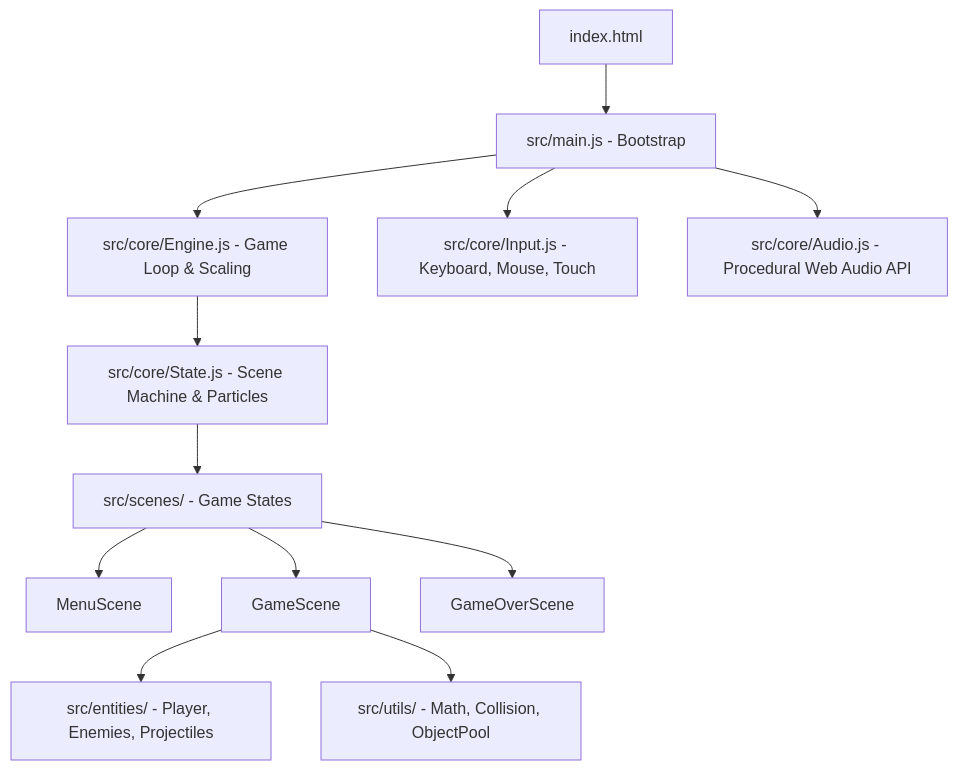
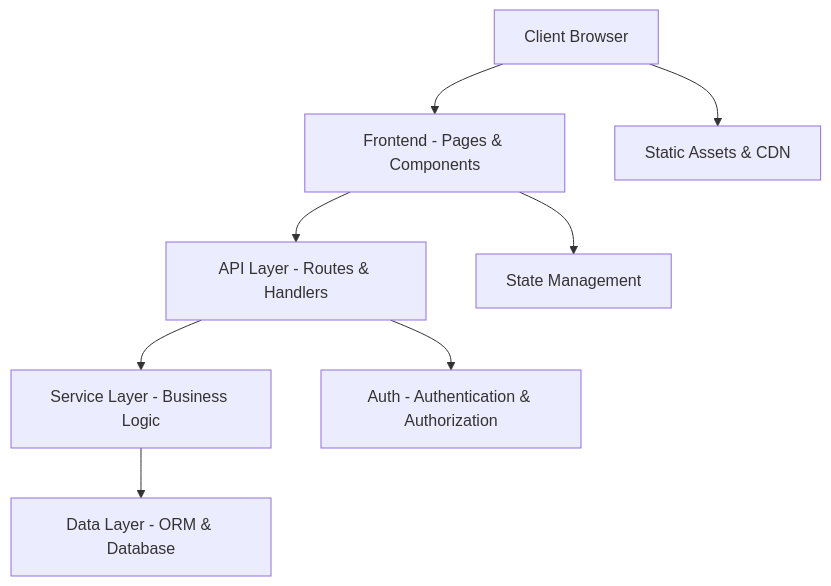
The diagram in .agents/blueprint/ARCHITECTURE.md (Samrude1/agentic-fullstack-template), drawn with Mermaid before and after one commit. The commit also changed other lines of this file and 39 other files, not shown here.

````diff
--- a/.agents/blueprint/ARCHITECTURE.md
+++ b/.agents/blueprint/ARCHITECTURE.md
@@ -9,14 +9,10 @@
 ```mermaid
 graph TD
-    A[index.html] --> B[src/main.js - Bootstrap]
-    B --> C[src/core/Engine.js - Game Loop & Scaling]
-    B --> D[src/core/Input.js - Keyboard, Mouse, Touch]
-    B --> E[src/core/Audio.js - Procedural Web Audio API]
-    C --> F[src/core/State.js - Scene Machine & Particles]
-    F --> G[src/scenes/ - Game States]
-    G --> H[MenuScene]
-    G --> I[GameScene]
-    G --> J[GameOverScene]
-    I --> K[src/entities/ - Player, Enemies, Projectiles]
-    I --> L[src/utils/ - Math, Collision, ObjectPool]
+    A[Client Browser] --> B[Frontend - Pages & Components]
+    B --> C[API Layer - Routes & Handlers]
+    C --> D[Service Layer - Business Logic]
+    D --> E[Data Layer - ORM & Database]
+    C --> F[Auth - Authentication & Authorization]
+    B --> G[State Management]
+    A --> H[Static Assets & CDN]
 ```
````
